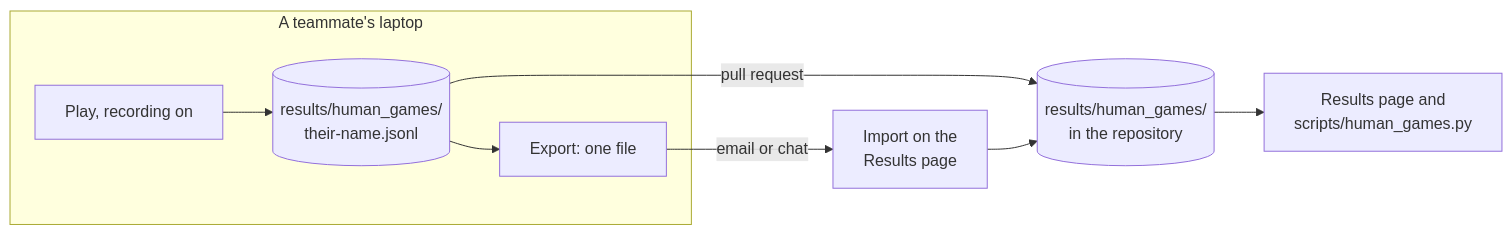
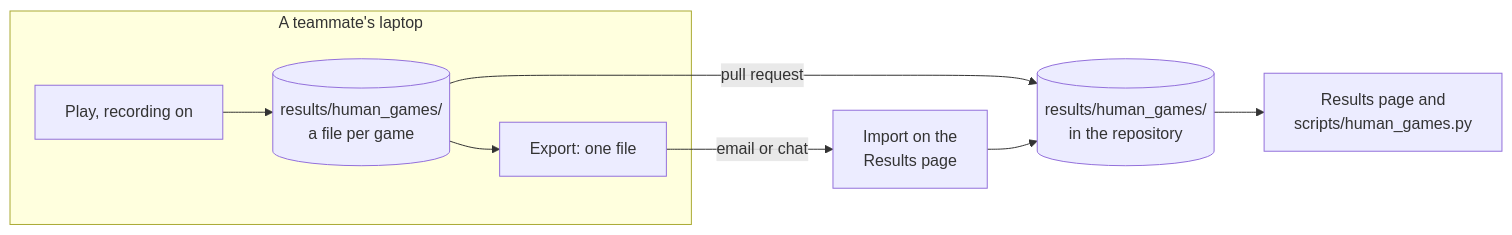
The diagram in docs/HUMAN_GAMES.md (Aditya-00786/csf407-fable-chaturanga-zero), drawn with Mermaid before and after one commit. The commit also changed other lines of this file and 12 other files, not shown here.

````diff
--- a/docs/HUMAN_GAMES.md
+++ b/docs/HUMAN_GAMES.md
@@ -9,11 +11,11 @@
 ```mermaid
 flowchart LR
     subgraph L["A teammate's laptop"]
-        P["Play, recording on"] --> F[("results/human_games/<br/>their-name.jsonl")]
+        P["Play, recording on"] --> F[("results/human_games/<br/>a file per game")]
         F --> X["Export: one file"]
     end
     X -- "email or chat" --> I["Import on the<br/>Results page"]
     F -- "pull request" --> R
     I --> R[("results/human_games/<br/>in the repository")]
     R --> V["Results page and<br/>scripts/human_games.py"]
 ```
````
